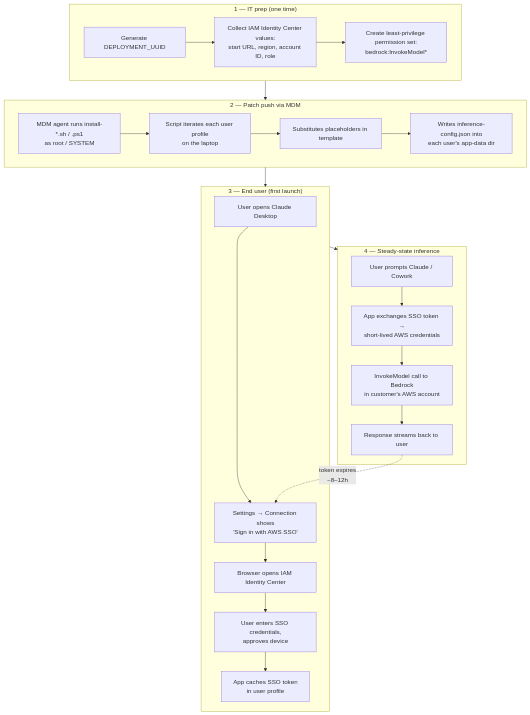
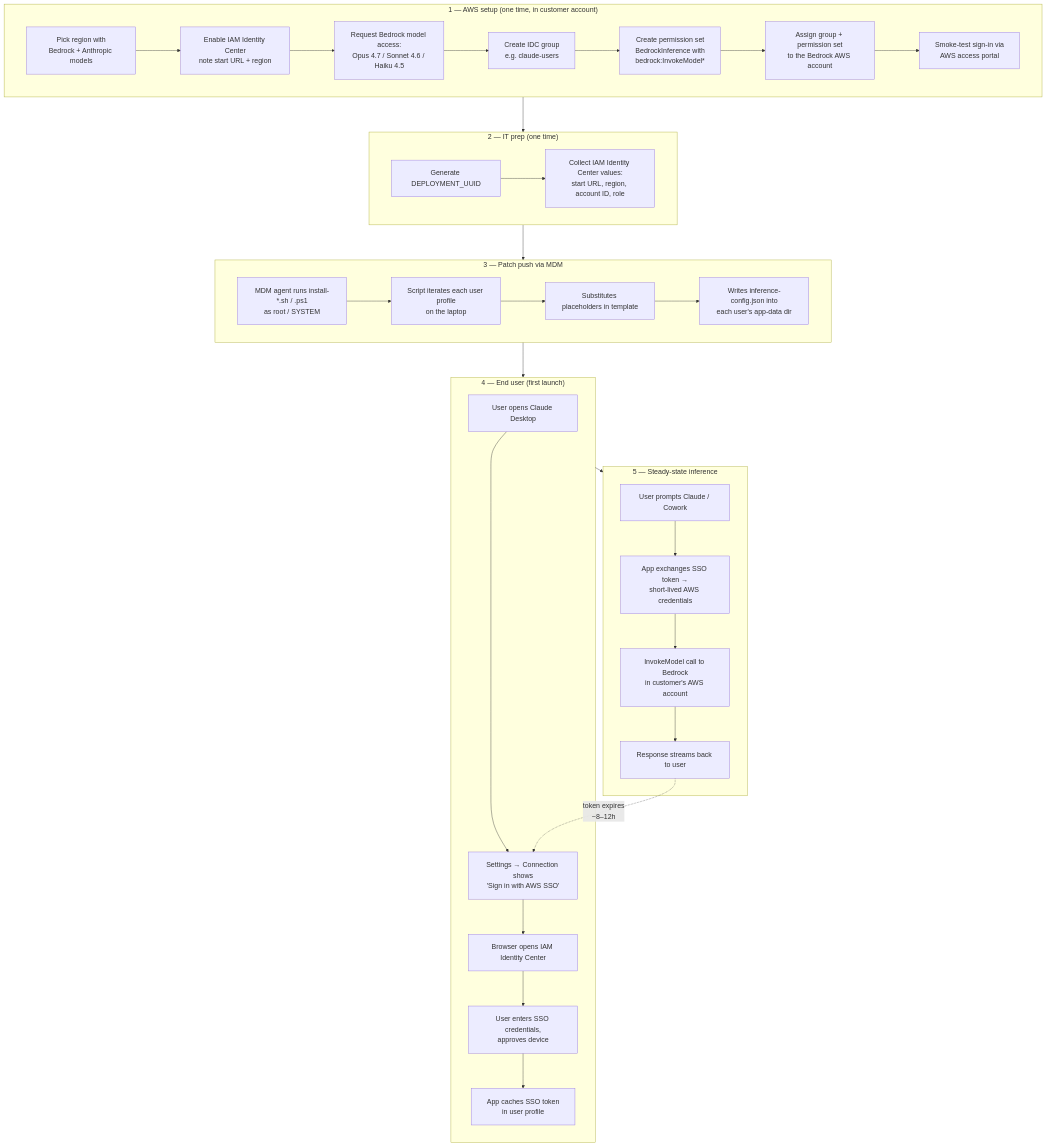
Before and after one commit to duttaabhijit06/claude-desktop-deploy: the diagram in README.md, drawn with Mermaid. The commit also changed other lines of this file, not shown here.

Commit message:
Added AWS Pre-requisites to the readme

````diff
--- a/README.md
+++ b/README.md
@@ -26,37 +26,48 @@
 ```mermaid
+%%{init: {'flowchart': {'nodeSpacing': 70, 'rankSpacing': 90, 'padding': 20}, 'themeVariables': {'fontSize': '18px'}}}%%
 flowchart TD
-    subgraph Prep["1 — IT prep (one time)"]
+    subgraph AWS["1 — AWS setup (one time, in customer account)"]
+        Z1[Pick region with<br/>Bedrock + Anthropic models]
+        Z2[Enable IAM Identity Center<br/>note start URL + region]
+        Z3[Request Bedrock model access:<br/>Opus 4.7 / Sonnet 4.6 / Haiku 4.5]
+        Z4[Create IDC group<br/>e.g. claude-users]
+        Z5[Create permission set<br/>BedrockInference with<br/>bedrock:InvokeModel*]
+        Z6[Assign group + permission set<br/>to the Bedrock AWS account]
+        Z7[Smoke-test sign-in via<br/>AWS access portal]
+        Z1 --> Z2 --> Z3 --> Z4 --> Z5 --> Z6 --> Z7
+    end
+
+    subgraph Prep["2 — IT prep (one time)"]
         A1[Generate DEPLOYMENT_UUID]
         A2[Collect IAM Identity Center values:<br/>start URL, region, account ID, role]
-        A3[Create least-privilege permission set:<br/>bedrock:InvokeModel*]
-        A1 --> A2 --> A3
+        A1 --> A2
     end
 
-    subgraph Push["2 — Patch push via MDM"]
+    subgraph Push["3 — Patch push via MDM"]
         B1[MDM agent runs install-*.sh / .ps1<br/>as root / SYSTEM]
         B2[Script iterates each user profile<br/>on the laptop]
         B3[Substitutes placeholders in template]
         B4[Writes inference-config.json into<br/>each user's app-data dir]
         B1 --> B2 --> B3 --> B4
     end
 
-    subgraph User["3 — End user (first launch)"]
+    subgraph User["4 — End user (first launch)"]
         C1[User opens Claude Desktop]
         C2[Settings → Connection shows<br/>'Sign in with AWS SSO']
         C3[Browser opens IAM Identity Center]
         C4[User enters SSO credentials,<br/>approves device]
         C5[App caches SSO token<br/>in user profile]
         C1 --> C2 --> C3 --> C4 --> C5
     end
 
-    subgraph Run["4 — Steady-state inference"]
+    subgraph Run["5 — Steady-state inference"]
         D1[User prompts Claude / Cowork]
         D2[App exchanges SSO token →<br/>short-lived AWS credentials]
         D3[InvokeModel call to Bedrock<br/>in customer's AWS account]
         D4[Response streams back to user]
         D1 --> D2 --> D3 --> D4
     end
 
-    Prep --> Push --> User --> Run
+    AWS --> Prep --> Push --> User --> Run
     D4 -.->|token expires<br/>~8–12h| C2
 ```
````
